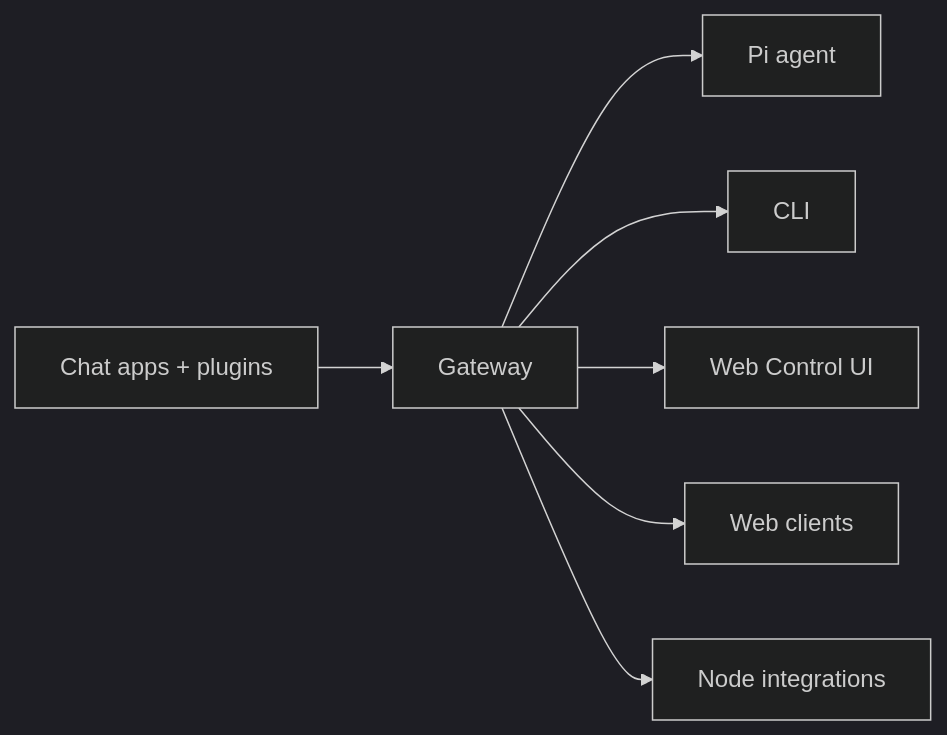
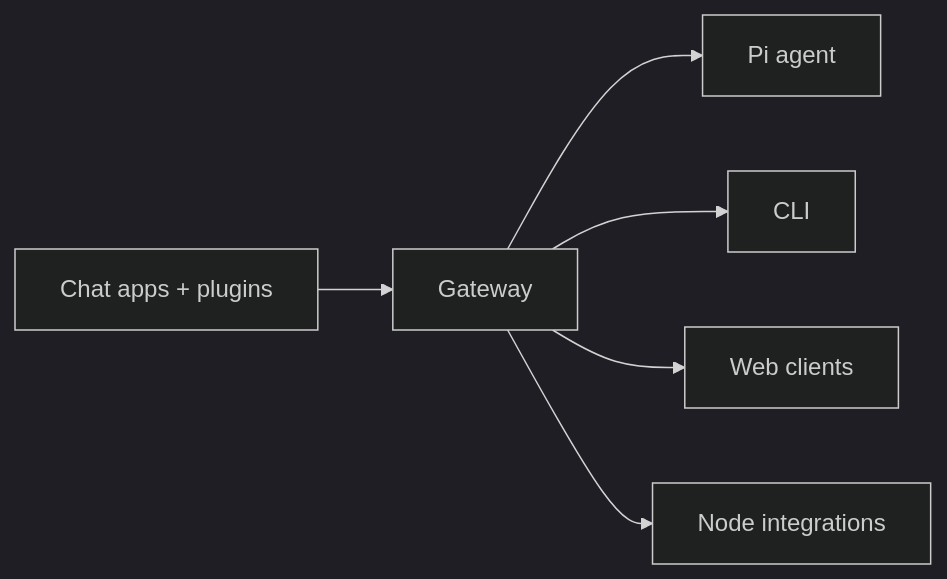
The diagram in docs/index.md (qianleigood/crawclaw), drawn with Mermaid (dark theme) before and after one commit. The commit also changed other lines of this file and 433 other files, not shown here.

````diff
--- a/docs/index.md
+++ b/docs/index.md
@@ -61,9 +58,8 @@
 ```mermaid
 flowchart LR
   A["Chat apps + plugins"] --> B["Gateway"]
   B --> C["Pi agent"]
   B --> D["CLI"]
-  B --> E["Web Control UI"]
-  B --> F["Web clients"]
-  B --> G["Node integrations"]
+  B --> E["Web clients"]
+  B --> F["Node integrations"]
 ```
````
